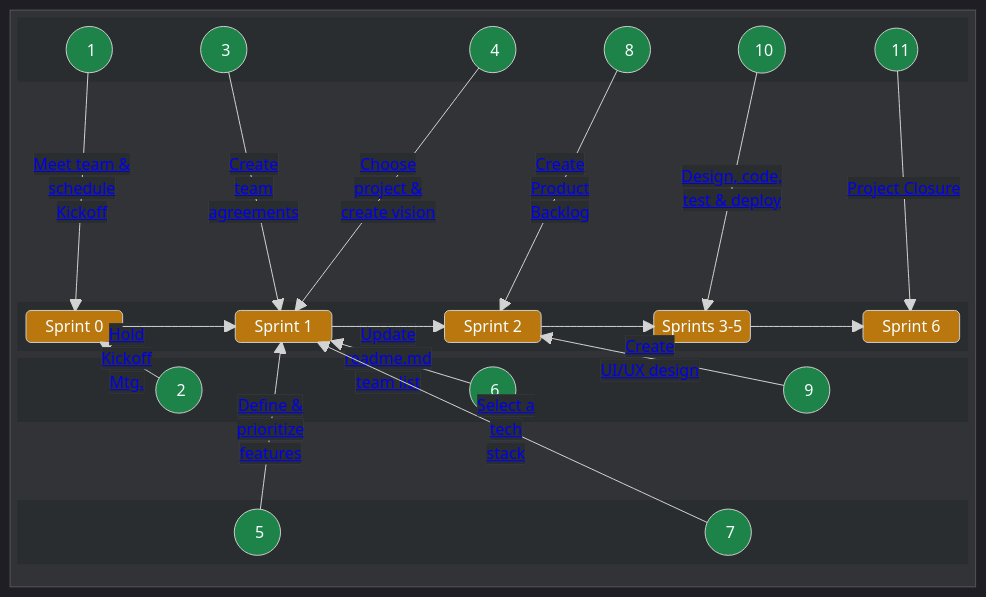
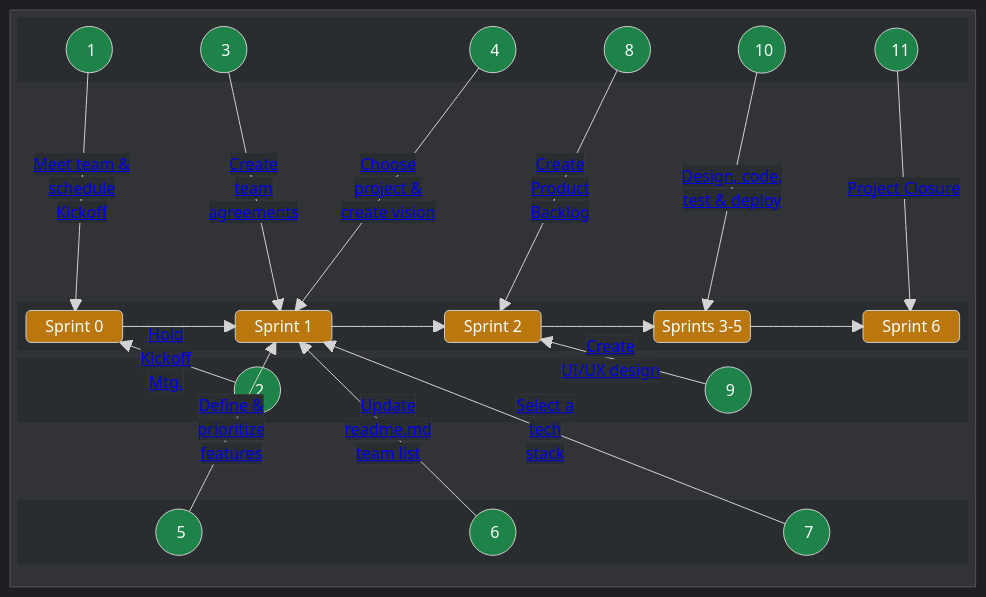
The first of 2 diagrams in docs/guides/voyage/voyage.md (chingu-voyages/Handbook), drawn with Mermaid before and after one commit. The commit also changed other lines of this file, not shown here.

```diff
--- a/docs/guides/voyage/voyage.md
+++ b/docs/guides/voyage/voyage.md
@@ -97,13 +97,13 @@
       block:B0BOTTOML1
         columns 11
         A2(("&nbsp;&nbsp;&nbsp; 2 &nbsp;&nbsp;"))
-        A6(("&nbsp;&nbsp;&nbsp; 6 &nbsp;&nbsp;"))       
         A9(("&nbsp;&nbsp;&nbsp; 9 &nbsp;&nbsp;")) 
       end
       space
       block:B0BOTTOML2
         columns 11
         A5(("&nbsp;&nbsp;&nbsp; 5 &nbsp;&nbsp;"))
+        A6(("&nbsp;&nbsp;&nbsp; 6 &nbsp;&nbsp;"))       
         A7(("&nbsp;&nbsp;&nbsp; 7 &nbsp;&nbsp;"))
       end      
 
```
